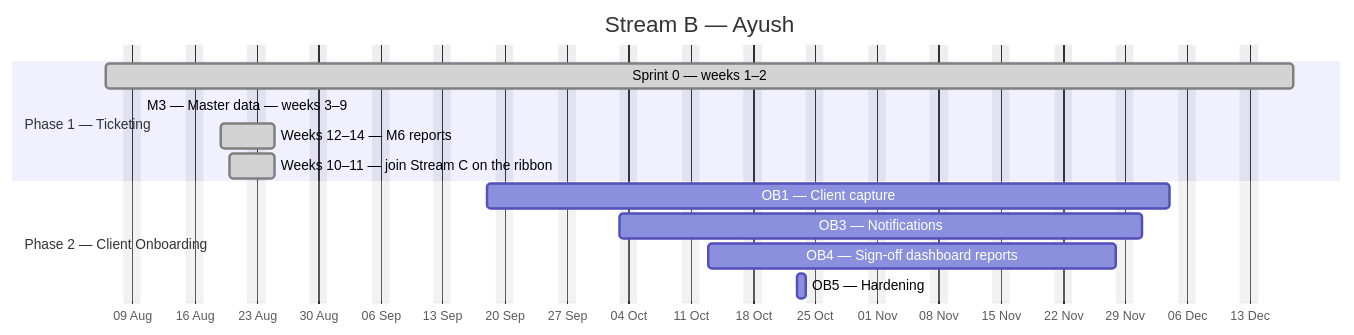
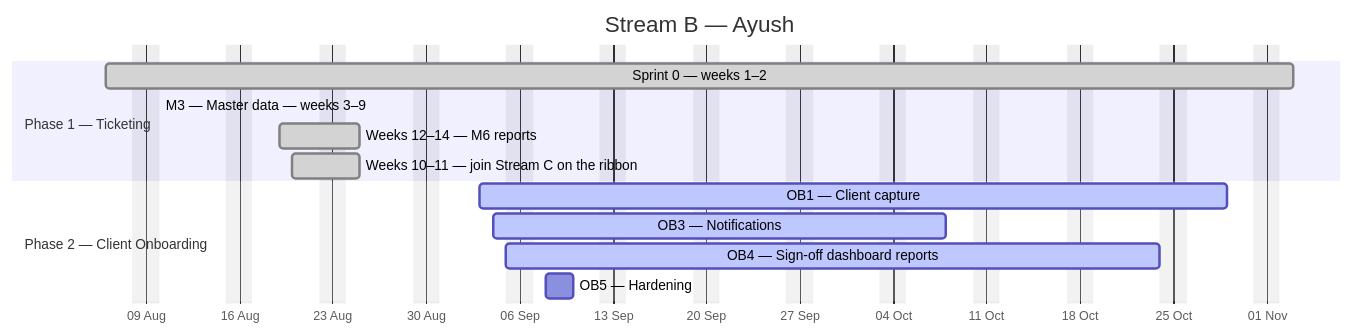
Before and after one commit to debashisedunext/EduTrack: the second of 4 diagrams in docs/plan/GANTT.md, drawn with Mermaid. The commit also changed other lines of this file and 2 other files, not shown here.

````diff
--- a/docs/plan/GANTT.md
+++ b/docs/plan/GANTT.md
@@ -166,17 +150,17 @@
 ```mermaid
 gantt
     dateFormat YYYY-MM-DD
     axisFormat %d %b
     title Stream B — Ayush
     excludes weekends
     section Phase 1 — Ticketing
-    Sprint 0 — weeks 1–2 :done, b0, 2026-08-06, 96d
-    M3 — Master data — weeks 3–9 :done, b1, 2026-08-10, -83d
+    Sprint 0 — weeks 1–2 :done, b0, 2026-08-06, 63d
+    M3 — Master data — weeks 3–9 :done, b1, 2026-08-10, -50d
     Weeks 12–14 — M6 reports :done, b2, 2026-08-19, 4d
     Weeks 10–11 — join Stream C on the ribbon :done, b3, 2026-08-20, 3d
     section Phase 2 — Client Onboarding
-    OB1 — Client capture :b4, 2026-09-18, 55d
-    OB3 — Notifications :b5, 2026-10-03, 42d
-    OB4 — Sign-off  dashboard  reports :b6, 2026-10-13, 34d
-    OB5 — Hardening :b7, 2026-10-23, 1d
+    OB1 — Client capture :active, b4, 2026-09-03, 40d
+    OB3 — Notifications :active, b5, 2026-09-04, 24d
+    OB4 — Sign-off  dashboard  reports :active, b6, 2026-09-05, 36d
+    OB5 — Hardening :b7, 2026-09-08, 2d
 ```
````
